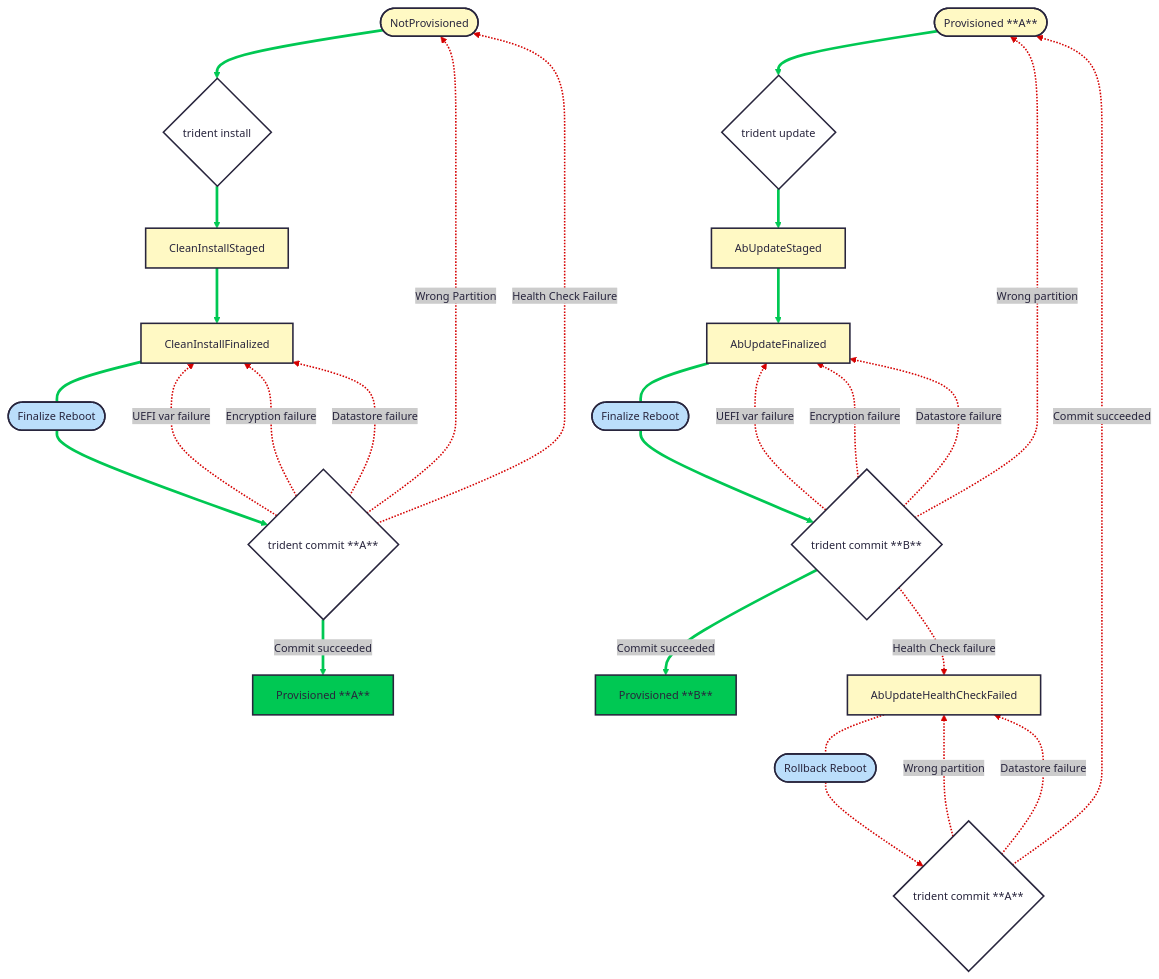
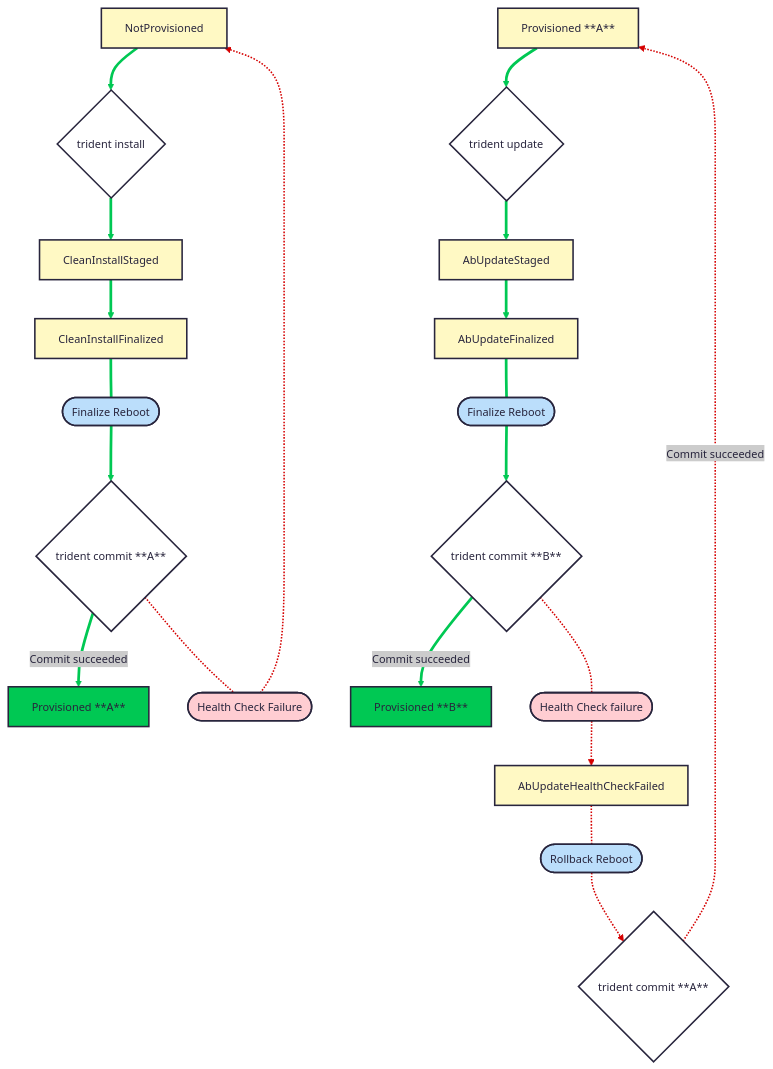
The diagram in docs/Explanation/Health-Checks.md (deepmindru-afk/trident), drawn with Mermaid before and after one commit.

````diff
--- a/docs/Explanation/Health-Checks.md
+++ b/docs/Explanation/Health-Checks.md
@@ -54,74 +54,60 @@
 ```mermaid
 ---
 config:
   theme: redux
   layout: dagre
 ---
 flowchart TD
-    A(["NotProvisioned"]) ==> B{"trident install"}
+    A["NotProvisioned"] ==> B{"trident install"}
     B ==> C["CleanInstallStaged"]
     C ==> D["CleanInstallFinalized"]
     D === G(["Finalize Reboot"])
     G ==> E{"trident commit **A**"}
     E == Commit succeeded ==> F["Provisioned **A**"]
-    E -. Wrong Partition .-> A
-    E -. Health Check Failure .-> A
-    E -. UEFI var failure .-> D
-    E -. Encryption failure .-> D
-    E -. Datastore failure .-> D
-    AA(["Provisioned **A**"]) ==> BB{"trident update"}
+    E -.- Z(["Health Check Failure"])
+    Z -.-> A
+    AA["Provisioned **A**"] ==> BB{"trident update"}
     BB ==> CC["AbUpdateStaged"]
     CC ==> DD["AbUpdateFinalized"]
     DD === JJ(["Finalize Reboot"])
     JJ ==> EE{"trident commit **B**"}
     EE == Commit succeeded ==> FF["Provisioned **B**"]
-    EE -. Wrong partition .-> AA
-    EE -. UEFI var failure .-> DD
-    EE -. Encryption failure .-> DD
-    EE -. Datastore failure .-> DD
-    EE -. Health Check failure .-> HH["AbUpdateHealthCheckFailed"]
+    EE -.- ZZ(["Health Check failure"])
+    ZZ -.-> HH["AbUpdateHealthCheckFailed"]
     HH -.- KK(["Rollback Reboot"])
     KK -.-> II{"trident commit **A**"}
-    II -. Wrong partition .-> HH
-    II -. Datastore failure .-> HH
     II -. Commit succeeded .-> AA
     style A fill:#FFF9C4
     style C fill:#FFF9C4
     style D fill:#FFF9C4
     style G fill:#BBDEFB
     style F fill:#00C853
+    style Z fill:#FFCDD2
     style AA fill:#FFF9C4
     style CC fill:#FFF9C4
     style DD fill:#FFF9C4
     style JJ fill:#BBDEFB
     style FF fill:#00C853
+    style ZZ fill:#FFCDD2
     style HH fill:#FFF9C4
     style KK fill:#BBDEFB
     linkStyle 0 stroke:#00C853,fill:none
     linkStyle 1 stroke:#00C853,fill:none
     linkStyle 2 stroke:#00C853,fill:none
     linkStyle 3 stroke:#00C853,fill:none
     linkStyle 4 stroke:#00C853,fill:none
     linkStyle 5 stroke:#00C853,fill:none
     linkStyle 6 stroke:#D50000,fill:none
     linkStyle 7 stroke:#D50000,fill:none
-    linkStyle 8 stroke:#D50000,fill:none
-    linkStyle 9 stroke:#D50000,fill:none
-    linkStyle 10 stroke:#D50000,fill:none
+    linkStyle 8 stroke:#00C853,fill:none
+    linkStyle 9 stroke:#00C853,fill:none
+    linkStyle 10 stroke:#00C853,fill:none
     linkStyle 11 stroke:#00C853,fill:none
     linkStyle 12 stroke:#00C853,fill:none
     linkStyle 13 stroke:#00C853,fill:none
-    linkStyle 14 stroke:#00C853,fill:none
-    linkStyle 15 stroke:#00C853,fill:none
-    linkStyle 16 stroke:#00C853,fill:none
+    linkStyle 14 stroke:#D50000,fill:none
+    linkStyle 15 stroke:#D50000,fill:none
+    linkStyle 16 stroke:#D50000,fill:none
     linkStyle 17 stroke:#D50000,fill:none
     linkStyle 18 stroke:#D50000,fill:none
-    linkStyle 19 stroke:#D50000,fill:none
-    linkStyle 20 stroke:#D50000,fill:none
-    linkStyle 21 stroke:#D50000,fill:none
-    linkStyle 22 stroke:#D50000,fill:none
-    linkStyle 23 stroke:#D50000,fill:none
-    linkStyle 24 stroke:#D50000,fill:none
-    linkStyle 25 stroke:#D50000,fill:none
-    linkStyle 26 stroke:#D50000,fill:none
 ```
````
